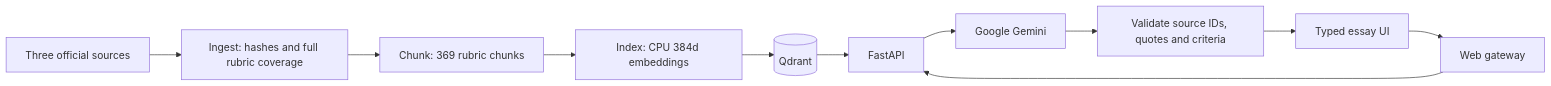
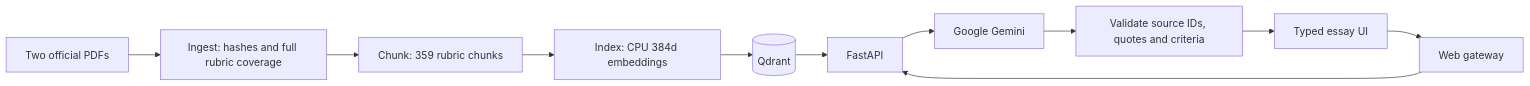
One commit to dwcqwcqw/stepwise changed the diagram in README.md. Above: the diagram before and after it, drawn with Mermaid. The commit also changed other lines of this file and 16 other files, not shown here.

Commit message:
Remove retired teaching PDF and enforce two-source official RAG corpus

````diff
--- a/README.md
+++ b/README.md
@@ -40,13 +40,13 @@
 ```mermaid
 flowchart LR
-    S[Three official sources] --> I[Ingest: hashes and full rubric coverage]
-    I --> C[Chunk: 369 rubric chunks]
+    S[Two official PDFs] --> I[Ingest: hashes and full rubric coverage]
+    I --> C[Chunk: 359 rubric chunks]
     C --> V[Index: CPU 384d embeddings]
     V --> Q[(Qdrant)]
     UI[Typed essay UI] --> W[Web gateway]
     W --> A[FastAPI]
     Q --> A
     A --> G[Google Gemini]
     G --> E[Validate source IDs, quotes and criteria]
     E --> UI
 ```
````
